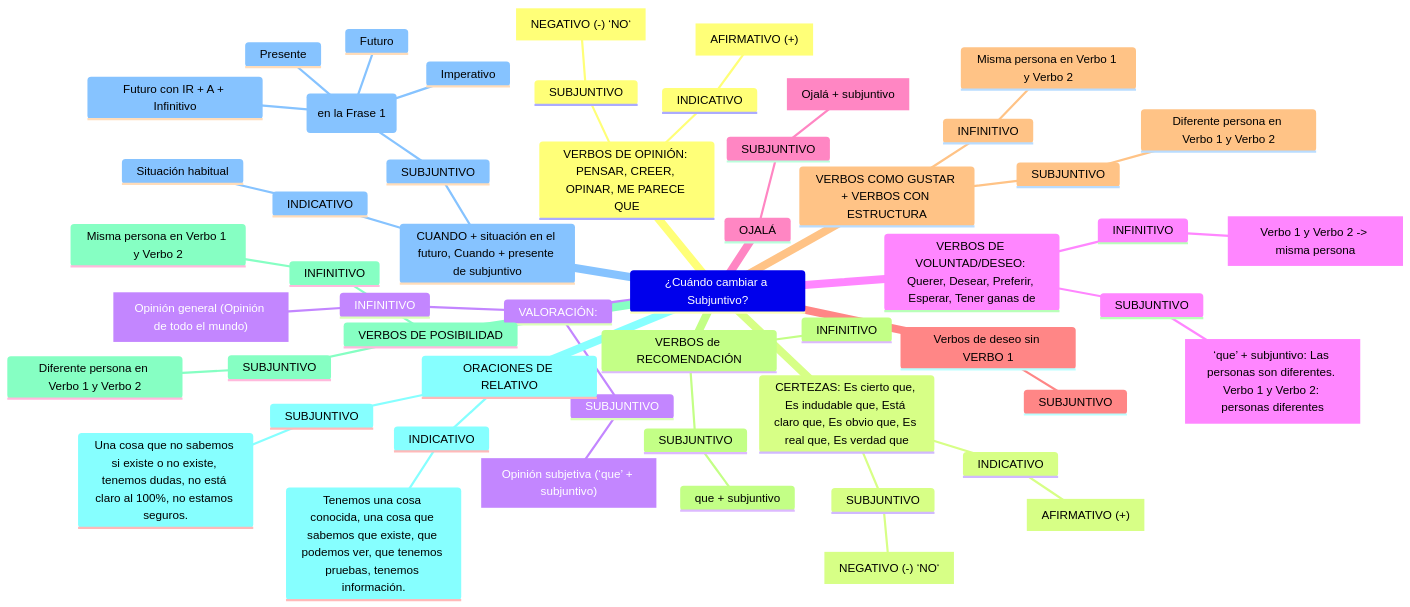
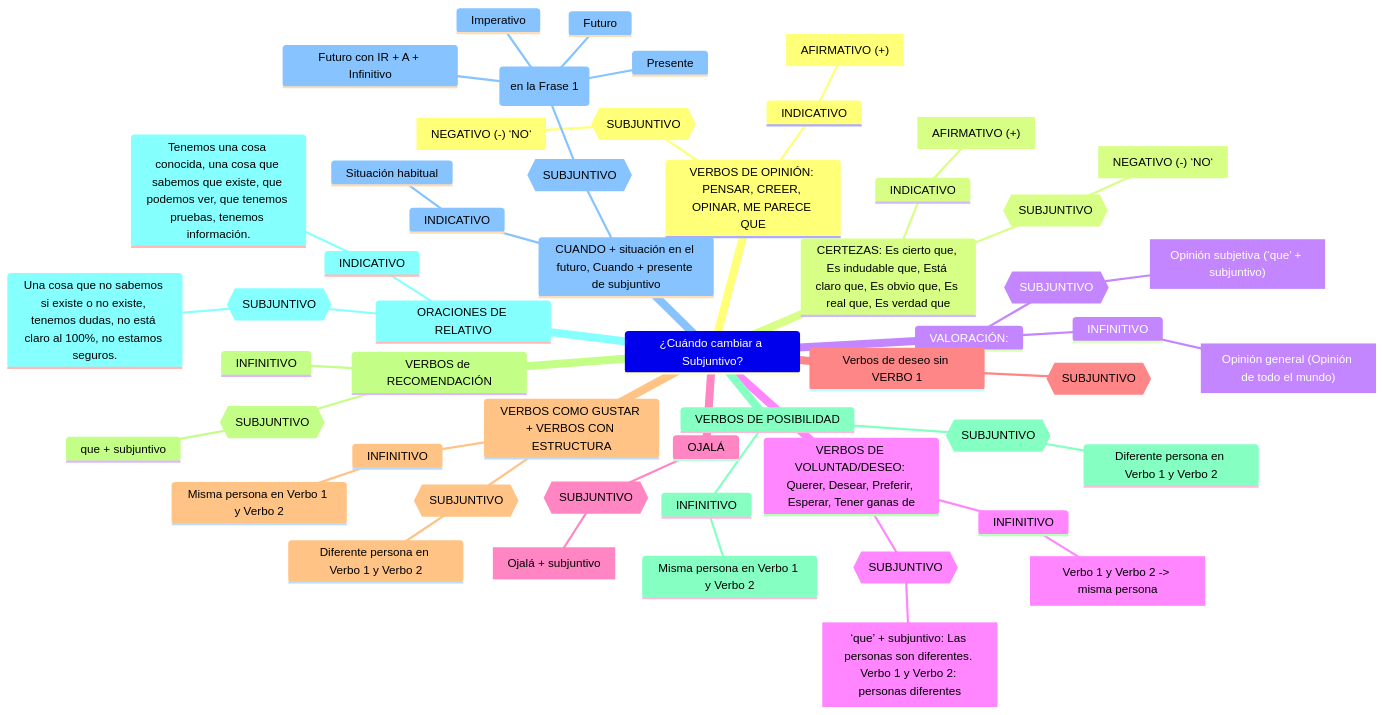
The second of 2 diagrams in test.md (bibenga/docker-django-play), drawn with Mermaid before and after one commit.

````diff
--- a/test.md
+++ b/test.md
@@ -27,58 +27,58 @@
 ```mermaid
 mindmap
 ¿Cuándo cambiar a Subjuntivo?
     VERBOS DE OPINIÓN: PENSAR, CREER, OPINAR, ME PARECE QUE
         INDICATIVO
             ["AFIRMATIVO (+)"]
-        SUBJUNTIVO
+        {{SUBJUNTIVO}}
             ["NEGATIVO (-) ‘NO‘"]
     CERTEZAS: Es cierto que, Es indudable que, Está claro que, Es obvio que, Es real que, Es verdad que
         INDICATIVO
             ["AFIRMATIVO (+)"]
-        SUBJUNTIVO
+        {{SUBJUNTIVO}}
             ["NEGATIVO (-) ‘NO‘"]
     VALORACIÓN:
         INFINITIVO
             ["Opinión general (Opinión de todo el mundo)"]
-        SUBJUNTIVO
+        {{SUBJUNTIVO}}
             ["Opinión subjetiva (‘que’ + subjuntivo)"]
     VERBOS DE VOLUNTAD/DESEO: Querer, Desear, Preferir, Esperar, Tener ganas de
         INFINITIVO
             ["Verbo 1 y Verbo 2 -> misma persona"]
-        SUBJUNTIVO
+        {{SUBJUNTIVO}}
             ["‘que’ + subjuntivo: Las personas son diferentes. Verbo 1 y Verbo 2: personas diferentes"]
     OJALÁ
-        SUBJUNTIVO
+        {{SUBJUNTIVO}}
             ["Ojalá + subjuntivo"]
     Verbos de deseo sin VERBO 1
-        SUBJUNTIVO
+        {{SUBJUNTIVO}}
     VERBOS COMO GUSTAR + VERBOS CON ESTRUCTURA
         INFINITIVO
             Misma persona en Verbo 1 y Verbo 2
-        SUBJUNTIVO
+        {{SUBJUNTIVO}}
             Diferente persona en Verbo 1 y Verbo 2
     VERBOS de RECOMENDACIÓN
         INFINITIVO
-        SUBJUNTIVO
+        {{SUBJUNTIVO}}
             que + subjuntivo
     VERBOS DE POSIBILIDAD
         INFINITIVO
             Misma persona en Verbo 1 y Verbo 2
-        SUBJUNTIVO
+        {{SUBJUNTIVO}}
             Diferente persona en Verbo 1 y Verbo 2
     ORACIONES DE RELATIVO
         INDICATIVO
             Tenemos una cosa conocida, una cosa que sabemos que existe, que podemos ver, que tenemos pruebas, tenemos información.
-        SUBJUNTIVO
+        {{SUBJUNTIVO}}
             Una cosa que no sabemos si existe o no existe, tenemos dudas, no está claro al 100%, no estamos seguros.
     CUANDO + situación en el futuro, Cuando + presente de subjuntivo
         INDICATIVO
             Situación habitual
-        SUBJUNTIVO
+        {{SUBJUNTIVO}}
             CUANDO + situación en el futuro: Cuando + presente de subjuntivo (en la Frase 1)
                 Presente
                 Futuro con IR + A + Infinitivo
                 Futuro
                 Imperativo
 
 ```
````
